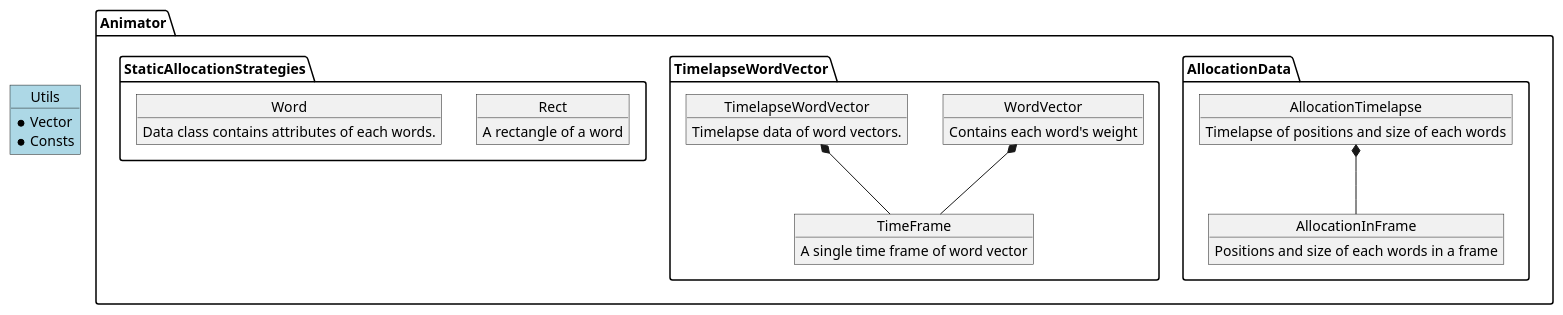
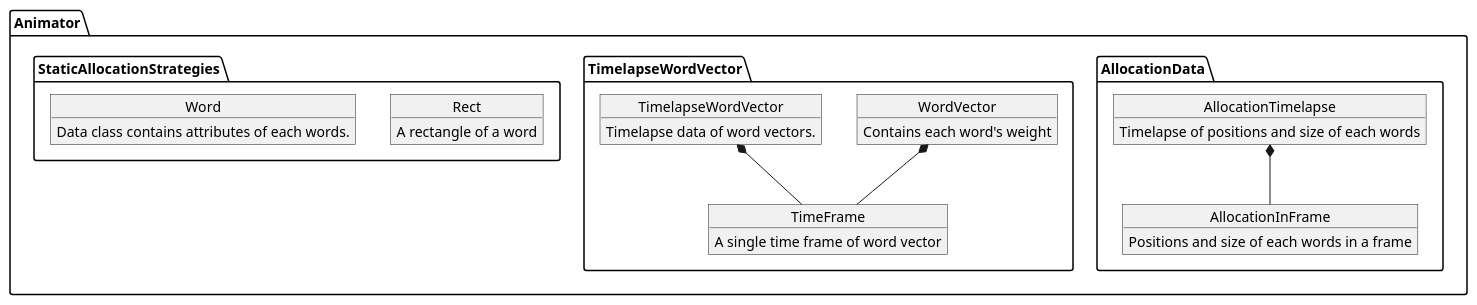
The diagram in Docs/Dependencies/Data.puml (konbraphat51/AnimatedWordCloud), drawn with PlantUML before and after one commit.

Commit message:
Doc: dependency of data

```diff
--- a/Docs/Dependencies/Data.puml
+++ b/Docs/Dependencies/Data.puml
@@ -1,52 +1,47 @@
 @startuml Dependency_Data
 ' Image can be obtained from
 ' https://www.plantuml.com/plantuml/uml/SyfFKj2rKt3CoKnELR1Io4ZDoSa70000
 
 ' Write all modules here
 folder Animator {
     folder AllocationData {
         object AllocationInFrame {
             Positions and size of each words in a frame
         }
 
         object AllocationTimelapse {
             Timelapse of positions and size of each words
         }
 
         AllocationTimelapse *-- AllocationInFrame
     }
 
     folder TimelapseWordVector {
         object WordVector {
             Contains each word's weight
         }
 
         object TimeFrame {
             A single time frame of word vector
         }
 
         object TimelapseWordVector {
             Timelapse data of word vectors.
         }
 
         WordVector *-- TimeFrame
         TimelapseWordVector *-- TimeFrame
     }
 
     folder StaticAllocationStrategies {
         object Rect {
             A rectangle of a word
         }
 
         object Word {
             Data class contains attributes of each words.
         }
     }
 }
 
-object Utils #LightBlue {
-    * Vector
-    * Consts
-}
-
 @enduml
```
